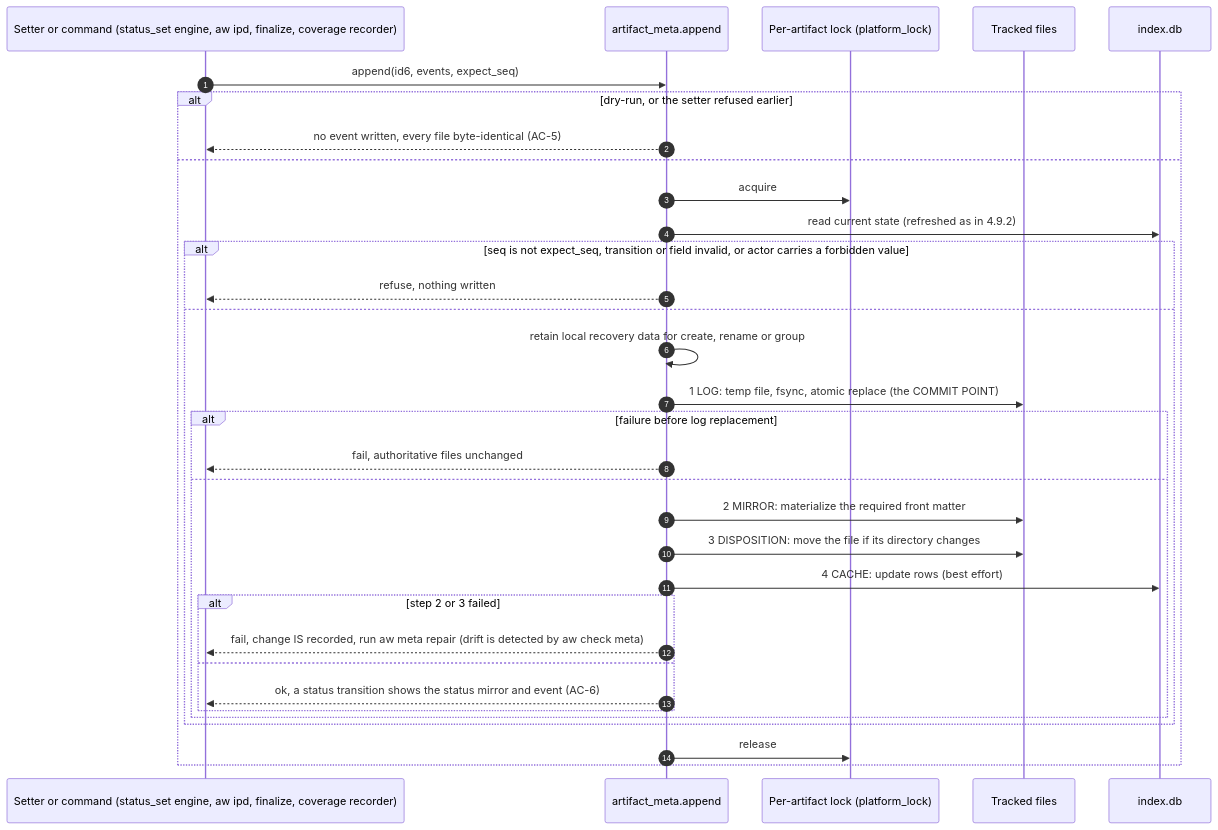
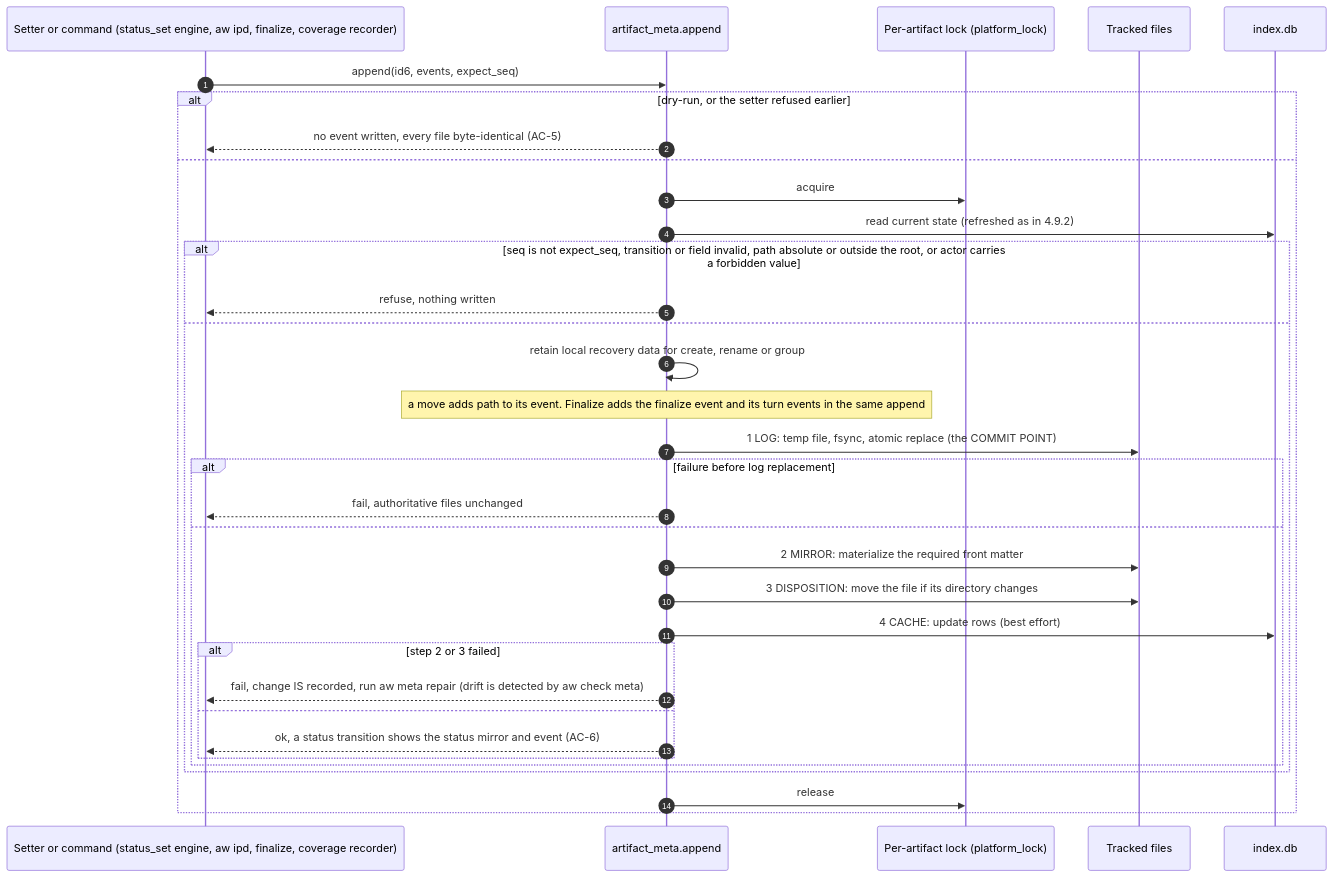
The seventh of 12 diagrams in .aw/records/specs/reviewed/20260925-metastore-01-4sd62s-artifact-metadata-store.spec.md (fariello/agent-workflows), drawn with Mermaid before and after one commit. The commit also changed other lines of this file and 1 other file, not shown here.

````diff
--- a/.aw/records/specs/reviewed/20260925-metastore-01-4sd62s-artifact-metadata-store.spec.md
+++ b/.aw/records/specs/reviewed/20260925-metastore-01-4sd62s-artifact-metadata-store.spec.md
@@ -1467,35 +1851,36 @@
 ```mermaid
 sequenceDiagram
     autonumber
     participant S as Setter or command (status_set engine, aw ipd, finalize, coverage recorder)
     participant M as artifact_meta.append
     participant L as Per-artifact lock (platform_lock)
     participant G as Tracked files
     participant C as index.db
     S->>M: append(id6, events, expect_seq)
     alt dry-run, or the setter refused earlier
         M-->>S: no event written, every file byte-identical (AC-5)
     else
         M->>L: acquire
         M->>C: read current state (refreshed as in 4.9.2)
-        alt seq is not expect_seq, transition or field invalid, or actor carries a forbidden value
+        alt seq is not expect_seq, transition or field invalid, path absolute or outside the root, or actor carries a forbidden value
             M-->>S: refuse, nothing written
         else
             M->>M: retain local recovery data for create, rename or group
+            Note over M: a move adds path to its event. Finalize adds the finalize event and its turn events in the same append
             M->>G: 1 LOG: temp file, fsync, atomic replace (the COMMIT POINT)
             alt failure before log replacement
                 M-->>S: fail, authoritative files unchanged
             else
                 M->>G: 2 MIRROR: materialize the required front matter
                 M->>G: 3 DISPOSITION: move the file if its directory changes
                 M->>C: 4 CACHE: update rows (best effort)
                 alt step 2 or 3 failed
                     M-->>S: fail, change IS recorded, run aw meta repair (drift is detected by aw check meta)
                 else
                     M-->>S: ok, a status transition shows the status mirror and event (AC-6)
                 end
             end
         end
         M->>L: release
     end
 ```
````
